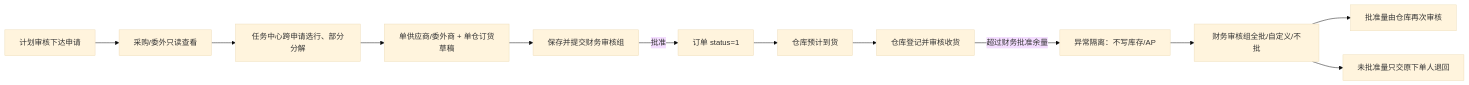
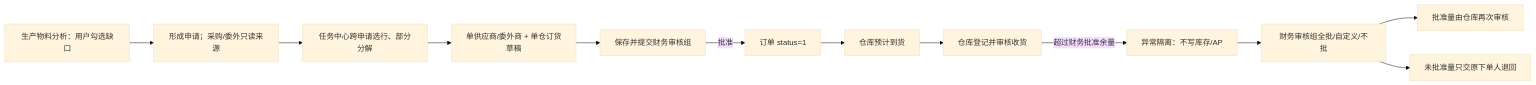
The fourth of 7 diagrams in docs/05-架构/架构总览.md (BruceChu0424/utenelec_imp), drawn with Mermaid (base theme) before and after one commit. The commit also changed other lines of this file and 506 other files, not shown here.

````diff
--- a/docs/05-架构/架构总览.md
+++ b/docs/05-架构/架构总览.md
@@ -188,14 +188,14 @@
 ```mermaid
 flowchart LR
-    Plan["计划审核下达申请"] --> ReadOnly["采购/委外只读查看"]
+    Plan["生产物料分析：用户勾选缺口"] --> ReadOnly["形成申请；采购/委外只读来源"]
     ReadOnly --> Task["任务中心跨申请选行、部分分解"]
     Task --> Order["单供应商/委外商 + 单仓订货草稿"]
     Order --> Finance["保存并提交财务审核组"]
     Finance -->|批准| Effective["订单 status=1"]
     Effective --> Expected["仓库预计到货"]
     Expected --> Receipt["仓库登记并审核收货"]
     Receipt -->|超过财务批准余量| Isolated["异常隔离：不写库存/AP"]
     Isolated --> Decision["财务审核组全批/自定义/不批"]
     Decision --> WarehouseReview["批准量由仓库再次审核"]
     Decision --> OwnerReturn["未批准量只交原下单人退回"]
 ```
````
